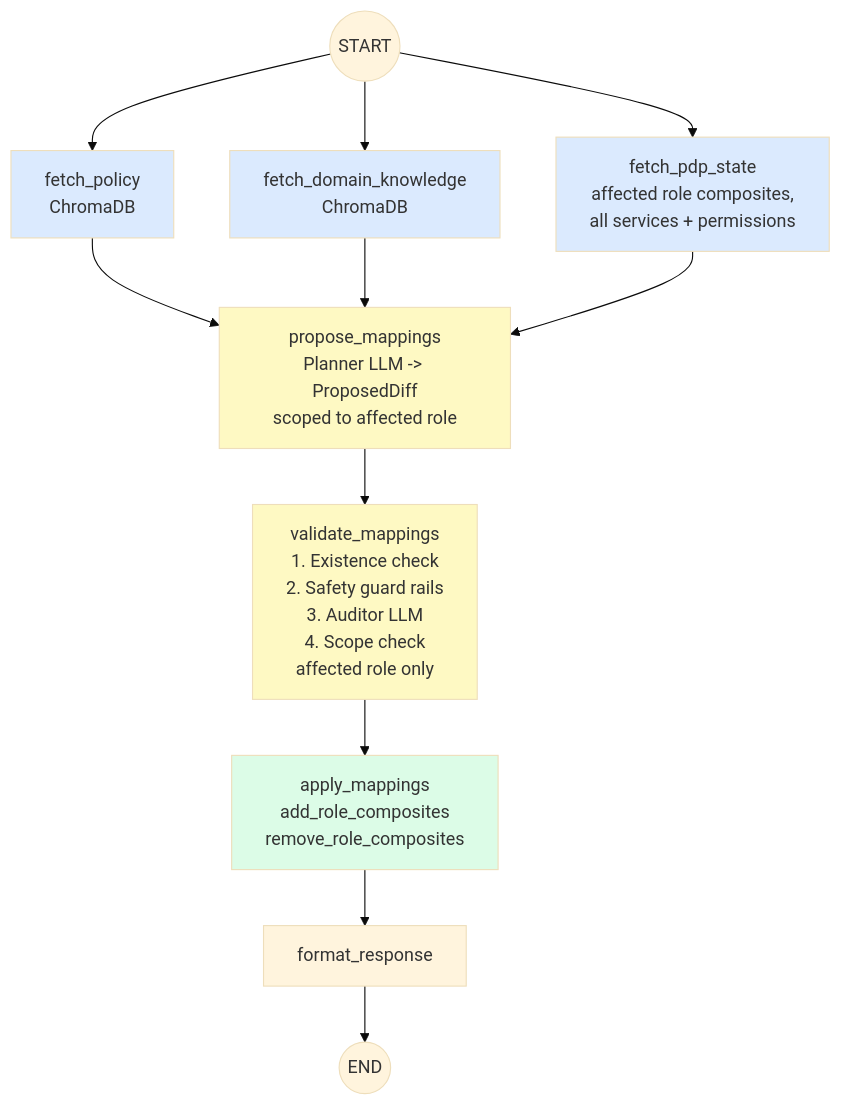
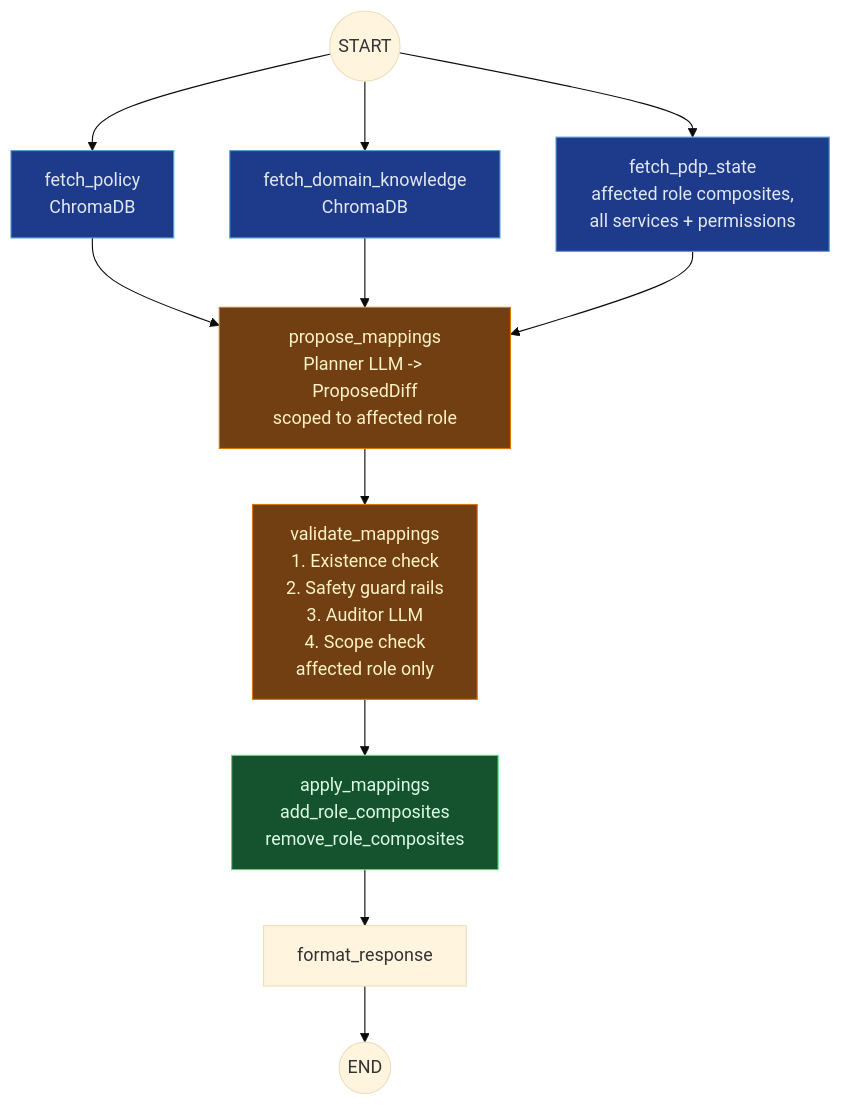
The second of 2 diagrams in inception/requirements/components/aiac-agent/uc3-role-update.md (rossoctl/aiac), drawn with Mermaid (base theme) before and after one commit. The commit also changed 4 other files, not shown here.

First line of the commit message:
docs: fix Mermaid node colors for dark theme readability

````diff
--- a/inception/requirements/components/aiac-agent/uc3-role-update.md
+++ b/inception/requirements/components/aiac-agent/uc3-role-update.md
@@ -70,23 +70,23 @@
 ```mermaid
 flowchart TD
     START(("START"))
 
     START --> FP["fetch_policy\nChromaDB"]
     START --> FDK["fetch_domain_knowledge\nChromaDB"]
     START --> FKC["fetch_pdp_state\naffected role composites,\nall services + permissions"]
 
     FP & FDK & FKC --> PROPOSE["propose_mappings\nPlanner LLM -> ProposedDiff\nscoped to affected role"]
 
     PROPOSE --> VALIDATE["validate_mappings\n1. Existence check\n2. Safety guard rails\n3. Auditor LLM\n4. Scope check\n   affected role only"]
 
     VALIDATE --> APPLY["apply_mappings\nadd_role_composites\nremove_role_composites"]
     APPLY --> FORMAT["format_response"]
     FORMAT --> END(("END"))
 
-    style FP fill:#dbeafe
-    style FDK fill:#dbeafe
-    style FKC fill:#dbeafe
-    style PROPOSE fill:#fef9c3
-    style VALIDATE fill:#fef9c3
-    style APPLY fill:#dcfce7
+    style FP fill:#1e3a8a,color:#e2e8f0,stroke:#5a9fd4
+    style FDK fill:#1e3a8a,color:#e2e8f0,stroke:#5a9fd4
+    style FKC fill:#1e3a8a,color:#e2e8f0,stroke:#5a9fd4
+    style PROPOSE fill:#713f12,color:#fef3c7,stroke:#d97706
+    style VALIDATE fill:#713f12,color:#fef3c7,stroke:#d97706
+    style APPLY fill:#14532d,color:#dcfce7,stroke:#4ade80
 ```
````
